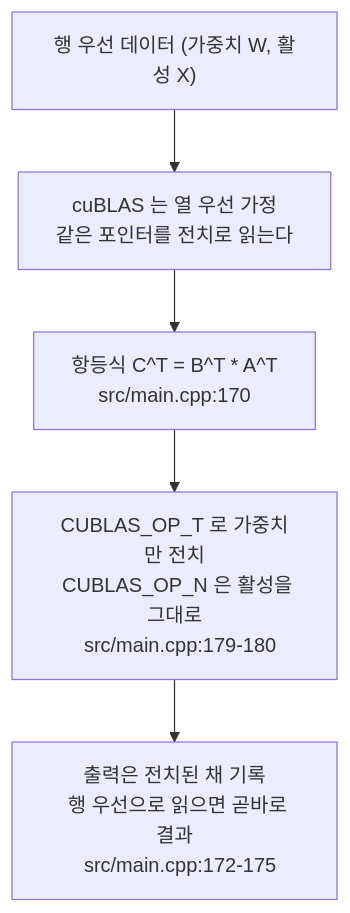
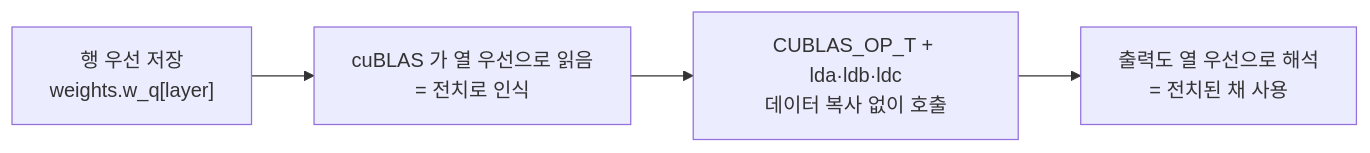
The diagram in data/code-series/jmaczan--tiny-vllm/articles/ko-04.md (ryujaehun/ryujaehun.github.io), drawn with Mermaid before and after one commit. The commit also changed other lines of this file and 13 other files, not shown here.

````diff
--- a/data/code-series/jmaczan--tiny-vllm/articles/ko-04.md
+++ b/data/code-series/jmaczan--tiny-vllm/articles/ko-04.md
@@ -150,13 +49,6 @@
 ```mermaid
-flowchart TD
-  A["행 우선 데이터 (가중치 W, 활성 X)"] --> B["cuBLAS 는 열 우선 가정
-  같은 포인터를 전치로 읽는다"]
-  B --> C["항등식 C^T = B^T * A^T
-  src/main.cpp:170"]
-  C --> D["CUBLAS_OP_T 로 가중치만 전치
-  CUBLAS_OP_N 은 활성을 그대로
-  src/main.cpp:179-180"]
-  D --> E["출력은 전치된 채 기록
-  행 우선으로 읽으면 곧바로 결과
-  src/main.cpp:172-175"]
+flowchart LR
+    A["행 우선 저장<br/>weights.w_q[layer]"] --> B["cuBLAS 가 열 우선으로 읽음<br/>= 전치로 인식"]
+    B --> C["CUBLAS_OP_T + lda·ldb·ldc<br/>데이터 복사 없이 호출"]
+    C --> D["출력도 열 우선으로 해석<br/>= 전치된 채 사용"]
 ```
````
